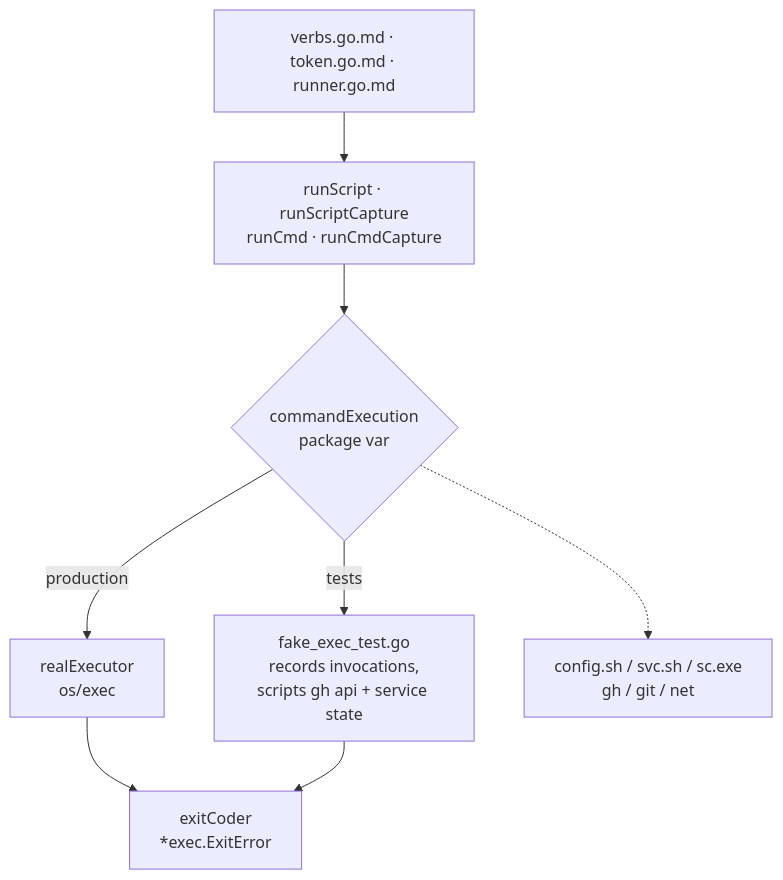
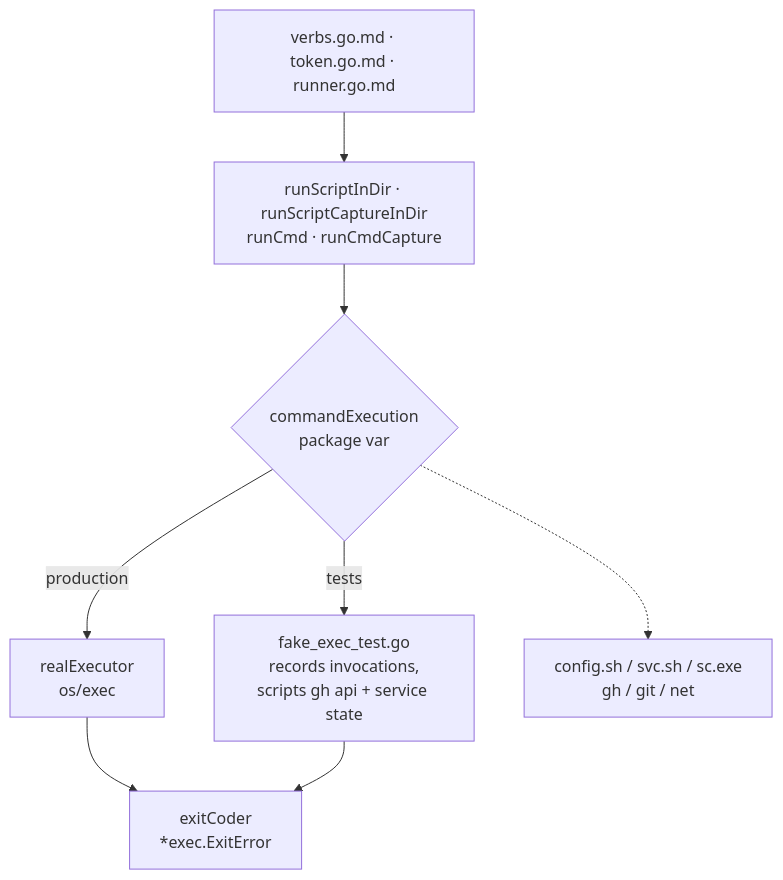
The diagram in script.go.md (fordaj/runner-spawner), drawn with Mermaid before and after one commit. The commit also changed other lines of this file and 31 other files, not shown here.

````diff
--- a/script.go.md
+++ b/script.go.md
@@ -3,11 +3,11 @@
 ```mermaid
 flowchart TD
-    Verbs[verbs.go.md · token.go.md · runner.go.md] --> Helpers[runScript · runScriptCapture<br/>runCmd · runCmdCapture]
+    Verbs[verbs.go.md · token.go.md · runner.go.md] --> Helpers[runScriptInDir · runScriptCaptureInDir<br/>runCmd · runCmdCapture]
     Helpers --> Seam{commandExecution<br/>package var}
     Seam -->|production| Real[realExecutor<br/>os/exec]
     Seam -->|tests| Fake[fake_exec_test.go<br/>records invocations,<br/>scripts gh api + service state]
     Real --> Exit[exitCoder<br/>*exec.ExitError]
     Fake --> Exit
     Seam -.-> Scripts[config.sh / svc.sh / sc.exe<br/>gh / git / net]
     click Verbs href "verbs.go.md"
 ```
````
